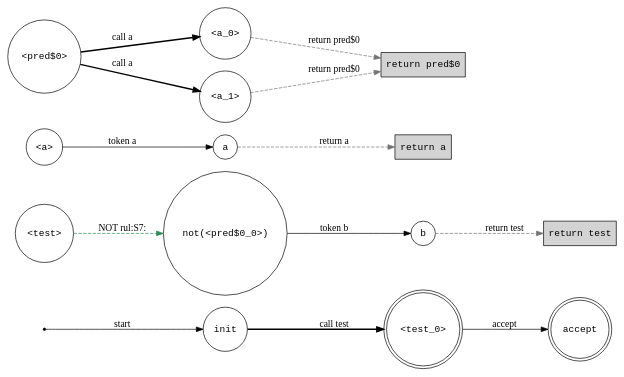
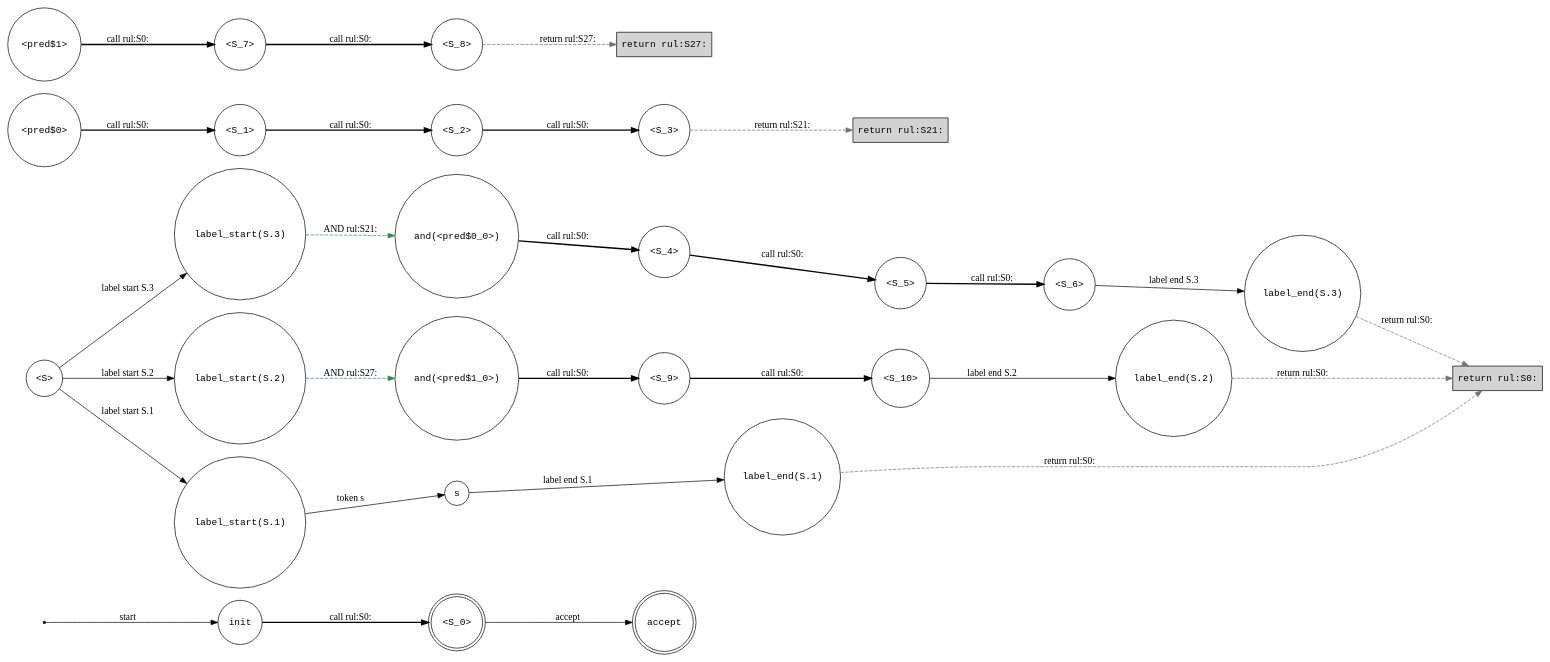
One commit to water-mizuu/glush_dart changed the diagram in state-machine.dot. Above: the diagram before and after it, drawn with Graphviz. The commit also changed 15 other files, not shown here.

```diff
--- a/state-machine.dot
+++ b/state-machine.dot
@@ -1,31 +1,60 @@
 digraph StateMachine {
   rankdir=LR;
   node [fontname="Courier"];
   "__start__" [shape=point, label=""];
   "__accept__" [shape=doublecircle, label="accept"];
-  "__return_test__" [shape=box, label="return test", style=filled, fillcolor=lightgray];
-  "__return_a__" [shape=box, label="return a", style=filled, fillcolor=lightgray];
-  "__return_pred$0__" [shape=box, label="return pred$0", style=filled, fillcolor=lightgray];
+  "__return_rul:S0:__" [shape=box, label="return rul:S0:", style=filled, fillcolor=lightgray];
+  "__return_rul:S21:__" [shape=box, label="return rul:S21:", style=filled, fillcolor=lightgray];
+  "__return_rul:S27:__" [shape=box, label="return rul:S27:", style=filled, fillcolor=lightgray];
   "S0" [shape=circle, label="init"];
-  "S1" [shape=doublecircle, label="<test_0>"];
-  "S2" [shape=circle, label="<test>"];
-  "S3" [shape=circle, label="not(<pred$0_0>)"];
-  "S4" [shape=circle, label="b"];
-  "S5" [shape=circle, label="<a>"];
-  "S6" [shape=circle, label="a"];
-  "S7" [shape=circle, label="<pred$0>"];
-  "S8" [shape=circle, label="<a_0>"];
-  "S9" [shape=circle, label="<a_1>"];
+  "S1" [shape=doublecircle, label="<S_0>"];
+  "S2" [shape=circle, label="<S>"];
+  "S3" [shape=circle, label="label_start(S.3)"];
+  "S4" [shape=circle, label="label_start(S.2)"];
+  "S5" [shape=circle, label="label_start(S.1)"];
+  "S6" [shape=circle, label="and(<pred$0_0>)"];
+  "S7" [shape=circle, label="<S_4>"];
+  "S8" [shape=circle, label="<S_5>"];
+  "S9" [shape=circle, label="<S_6>"];
+  "S10" [shape=circle, label="label_end(S.3)"];
+  "S11" [shape=circle, label="and(<pred$1_0>)"];
+  "S12" [shape=circle, label="<S_9>"];
+  "S13" [shape=circle, label="<S_10>"];
+  "S14" [shape=circle, label="label_end(S.2)"];
+  "S15" [shape=circle, label="s"];
+  "S16" [shape=circle, label="label_end(S.1)"];
+  "S17" [shape=circle, label="<pred$0>"];
+  "S18" [shape=circle, label="<S_1>"];
+  "S19" [shape=circle, label="<S_2>"];
+  "S20" [shape=circle, label="<S_3>"];
+  "S21" [shape=circle, label="<pred$1>"];
+  "S22" [shape=circle, label="<S_7>"];
+  "S23" [shape=circle, label="<S_8>"];
   "__start__" -> "S0" [label="start"];
-  "S0" -> "S1" [label="call test", style=bold];
+  "S0" -> "S1" [label="call rul:S0:", style=bold];
   "S1" -> "__accept__" [label="accept"];
-  "S2" -> "S3" [label="NOT rul:S7:", style=dashed, color=seagreen4];
-  "S3" -> "S4" [label="token b"];
-  "S4" -> "__return_test__" [label="return test", style=dashed, color=gray45];
-  "S5" -> "S6" [label="token a"];
-  "S6" -> "__return_a__" [label="return a", style=dashed, color=gray45];
-  "S7" -> "S8" [label="call a", style=bold];
-  "S7" -> "S9" [label="call a", style=bold];
-  "S8" -> "__return_pred$0__" [label="return pred$0", style=dashed, color=gray45];
-  "S9" -> "__return_pred$0__" [label="return pred$0", style=dashed, color=gray45];
+  "S2" -> "S3" [label="label start S.3"];
+  "S2" -> "S4" [label="label start S.2"];
+  "S2" -> "S5" [label="label start S.1"];
+  "S3" -> "S6" [label="AND rul:S21:", style=dashed, color=seagreen4];
+  "S4" -> "S11" [label="AND rul:S27:", style=dashed, color=seagreen4];
+  "S5" -> "S15" [label="token s"];
+  "S6" -> "S7" [label="call rul:S0:", style=bold];
+  "S7" -> "S8" [label="call rul:S0:", style=bold];
+  "S8" -> "S9" [label="call rul:S0:", style=bold];
+  "S9" -> "S10" [label="label end S.3"];
+  "S10" -> "__return_rul:S0:__" [label="return rul:S0:", style=dashed, color=gray45];
+  "S11" -> "S12" [label="call rul:S0:", style=bold];
+  "S12" -> "S13" [label="call rul:S0:", style=bold];
+  "S13" -> "S14" [label="label end S.2"];
+  "S14" -> "__return_rul:S0:__" [label="return rul:S0:", style=dashed, color=gray45];
+  "S15" -> "S16" [label="label end S.1"];
+  "S16" -> "__return_rul:S0:__" [label="return rul:S0:", style=dashed, color=gray45];
+  "S17" -> "S18" [label="call rul:S0:", style=bold];
+  "S18" -> "S19" [label="call rul:S0:", style=bold];
+  "S19" -> "S20" [label="call rul:S0:", style=bold];
+  "S20" -> "__return_rul:S21:__" [label="return rul:S21:", style=dashed, color=gray45];
+  "S21" -> "S22" [label="call rul:S0:", style=bold];
+  "S22" -> "S23" [label="call rul:S0:", style=bold];
+  "S23" -> "__return_rul:S27:__" [label="return rul:S27:", style=dashed, color=gray45];
 }
```
